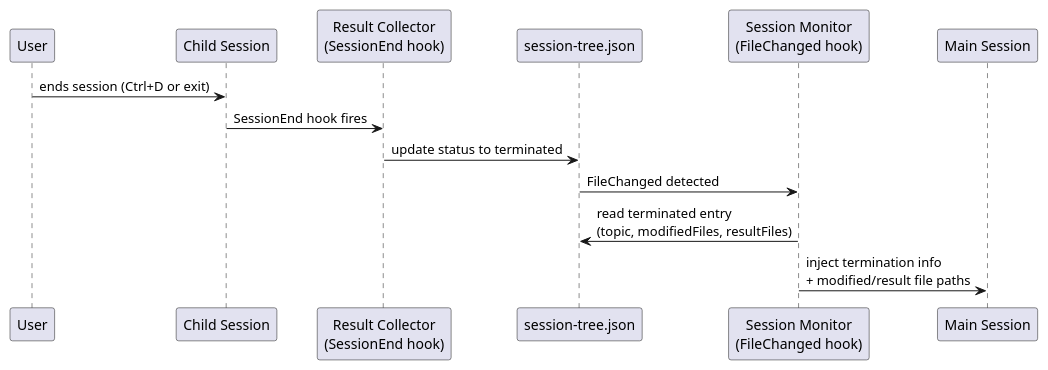
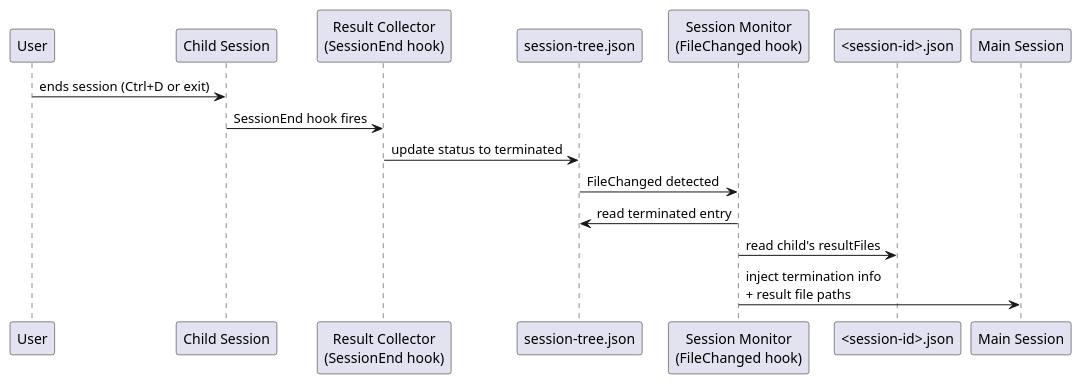
One commit to studykit/studykit-marketplace changed the seventh of 8 diagrams in A4/co-think/2026-03-29-2100-agent-orchestrator.architecture.md. Above: the diagram before and after it, drawn with PlantUML. The commit also changed other lines of this file and 6 other files, not shown here.

````diff
--- a/A4/co-think/2026-03-29-2100-agent-orchestrator.architecture.md
+++ b/A4/co-think/2026-03-29-2100-agent-orchestrator.architecture.md
@@ -191,17 +241,19 @@
 ```plantuml
 @startuml
 participant "User" as U
 participant "Child Session" as CS
 participant "Result Collector\n(SessionEnd hook)" as RC
 participant "session-tree.json" as ST
 participant "Session Monitor\n(FileChanged hook)" as MO
+participant "<session-id>.json" as SCR
 participant "Main Session" as MS
 
 U -> CS : ends session (Ctrl+D or exit)
 CS -> RC : SessionEnd hook fires
 RC -> ST : update status to terminated
 ST -> MO : FileChanged detected
-MO -> ST : read terminated entry\n(topic, modifiedFiles, resultFiles)
-MO -> MS : inject termination info\n+ modified/result file paths
+MO -> ST : read terminated entry
+MO -> SCR : read child's resultFiles
+MO -> MS : inject termination info\n+ result file paths
 @enduml
 ```
````
